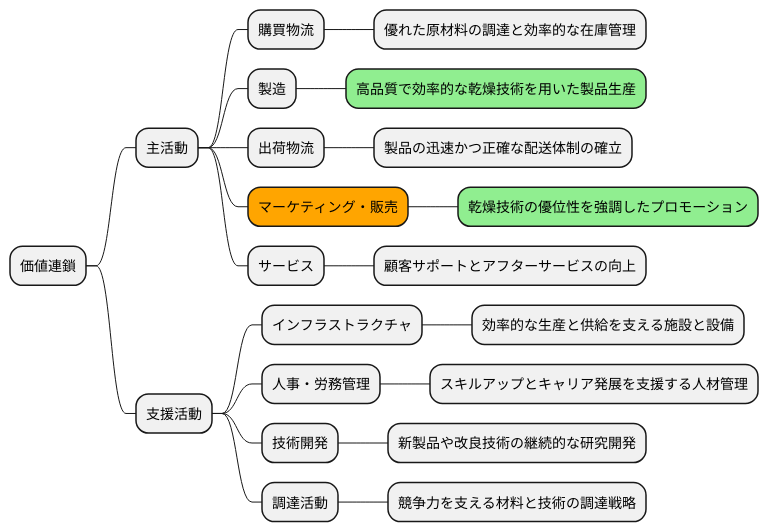
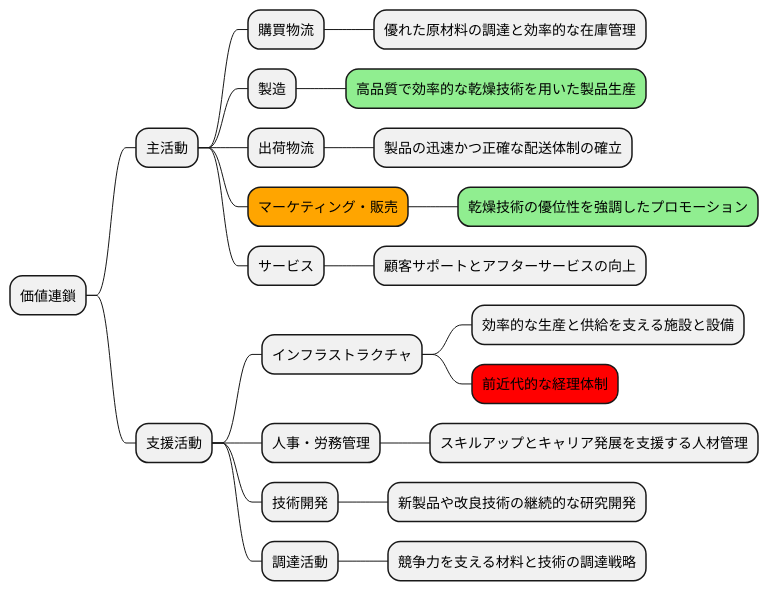
Before and after one commit to k2works/case-sutudy-business-analysis: the tenth of 19 diagrams in docs/case/r01_case_1.adoc, drawn with PlantUML. The commit also changed other lines of this file, not shown here.

```diff
--- a/docs/case/r01_case_1.adoc
+++ b/docs/case/r01_case_1.adoc
@@ -312,28 +312,29 @@
 [plantuml]
 ----
 @startmindmap
 
 * 価値連鎖
 ** 主活動
 *** 購買物流
 **** 優れた原材料の調達と効率的な在庫管理
 *** 製造
 ****[#lightgreen] 高品質で効率的な乾燥技術を用いた製品生産
 *** 出荷物流
 **** 製品の迅速かつ正確な配送体制の確立
 ***[#orange] マーケティング・販売
 ****[#lightgreen] 乾燥技術の優位性を強調したプロモーション
 *** サービス
 **** 顧客サポートとアフターサービスの向上
 ** 支援活動
 *** インフラストラクチャ
 **** 効率的な生産と供給を支える施設と設備
+****[#red] 前近代的な経理体制
 *** 人事・労務管理
 **** スキルアップとキャリア発展を支援する人材管理
 *** 技術開発
 **** 新製品や改良技術の継続的な研究開発
 *** 調達活動
 **** 競争力を支える材料と技術の調達戦略
 
 @endmindmap
 ----
```
